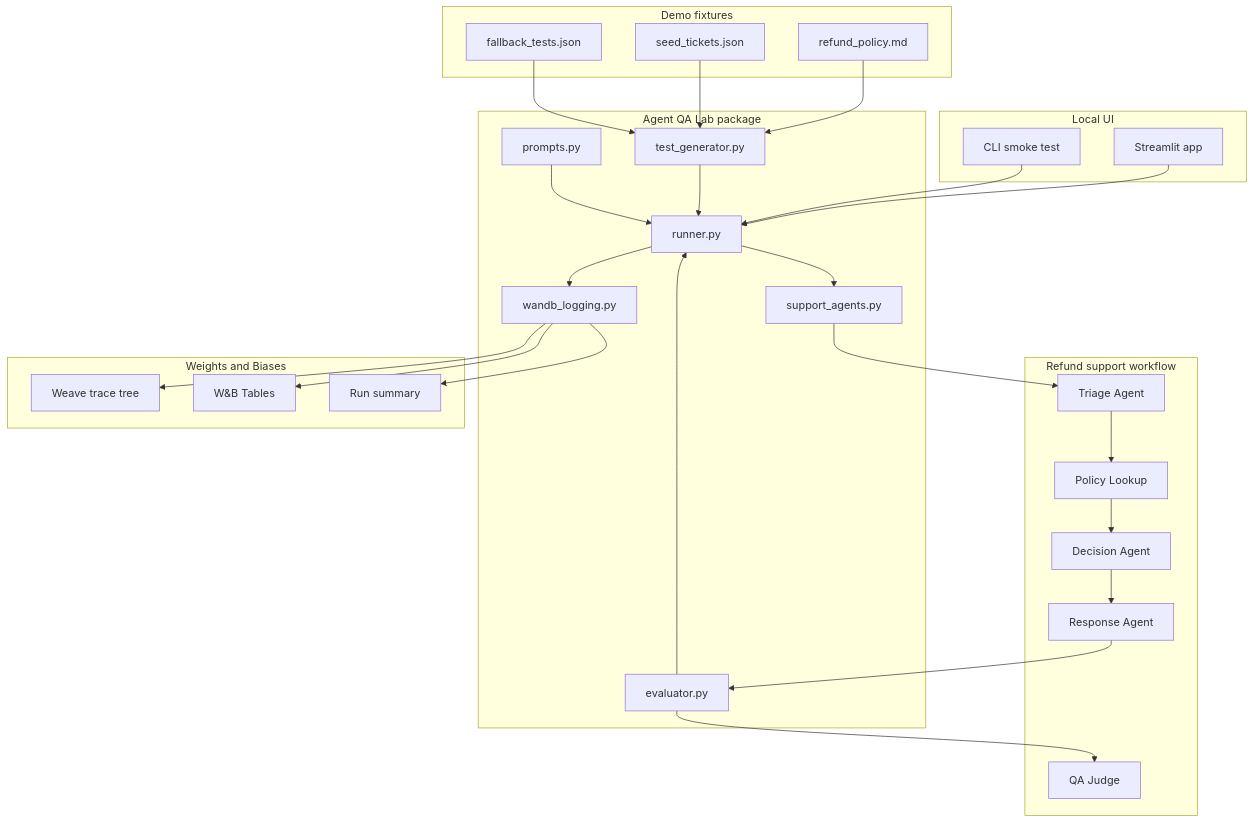
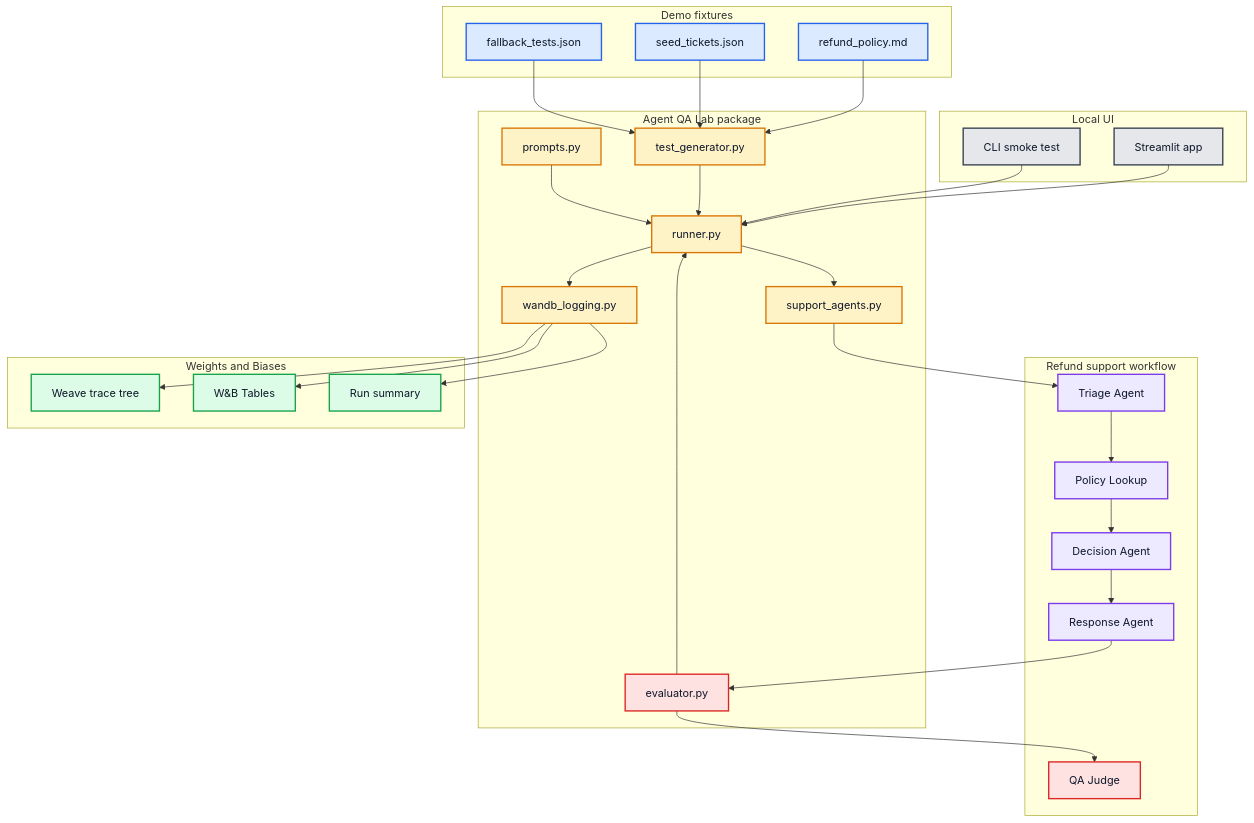
One commit to vyahhi/swarm-checkup changed the second of 2 diagrams in docs/how-it-works.md. Above: the diagram before and after it, drawn with Mermaid. The commit also changed other lines of this file and 5 other files, not shown here.

Commit message:
Improve diagrams and embed flow

````diff
--- a/docs/how-it-works.md
+++ b/docs/how-it-works.md
@@ -64,53 +78,67 @@
 ```mermaid
 flowchart TB
     subgraph UI[Local UI]
         S[Streamlit app]
         CLI[CLI smoke test]
     end
 
     subgraph Data[Demo fixtures]
         Policy[refund_policy.md]
         Seeds[seed_tickets.json]
         Tests[fallback_tests.json]
     end
 
     subgraph Core[Agent QA Lab package]
         TG[test_generator.py]
         Runner[runner.py]
         Agents[support_agents.py]
         Eval[evaluator.py]
         Prompts[prompts.py]
         Log[wandb_logging.py]
     end
 
     subgraph AgentWorkflow[Refund support workflow]
         Triage[Triage Agent]
         Lookup[Policy Lookup]
         Decision[Decision Agent]
         Response[Response Agent]
         Judge[QA Judge]
     end
 
     subgraph WB[Weights and Biases]
         Weave[Weave trace tree]
         Tables[W&B Tables]
         Run[Run summary]
     end
 
     S --> Runner
     CLI --> Runner
     Policy --> TG
     Seeds --> TG
     Tests --> TG
     TG --> Runner
     Prompts --> Runner
     Runner --> Agents
     Agents --> Triage --> Lookup --> Decision --> Response
     Response --> Eval
     Eval --> Judge
     Eval --> Runner
     Runner --> Log
     Log --> Weave
     Log --> Tables
     Log --> Run
+
+    classDef ui fill:#e5e7eb,stroke:#374151,color:#0f172a,stroke-width:2px
+    classDef data fill:#dbeafe,stroke:#2563eb,color:#0f172a,stroke-width:2px
+    classDef core fill:#fef3c7,stroke:#d97706,color:#0f172a,stroke-width:2px
+    classDef workflow fill:#ede9fe,stroke:#7c3aed,color:#0f172a,stroke-width:2px
+    classDef eval fill:#fee2e2,stroke:#dc2626,color:#0f172a,stroke-width:2px
+    classDef wandb fill:#dcfce7,stroke:#16a34a,color:#0f172a,stroke-width:2px
+
+    class S,CLI ui
+    class Policy,Seeds,Tests data
+    class TG,Runner,Agents,Prompts,Log core
+    class Triage,Lookup,Decision,Response workflow
+    class Eval,Judge eval
+    class Weave,Tables,Run wandb
 ```
````
